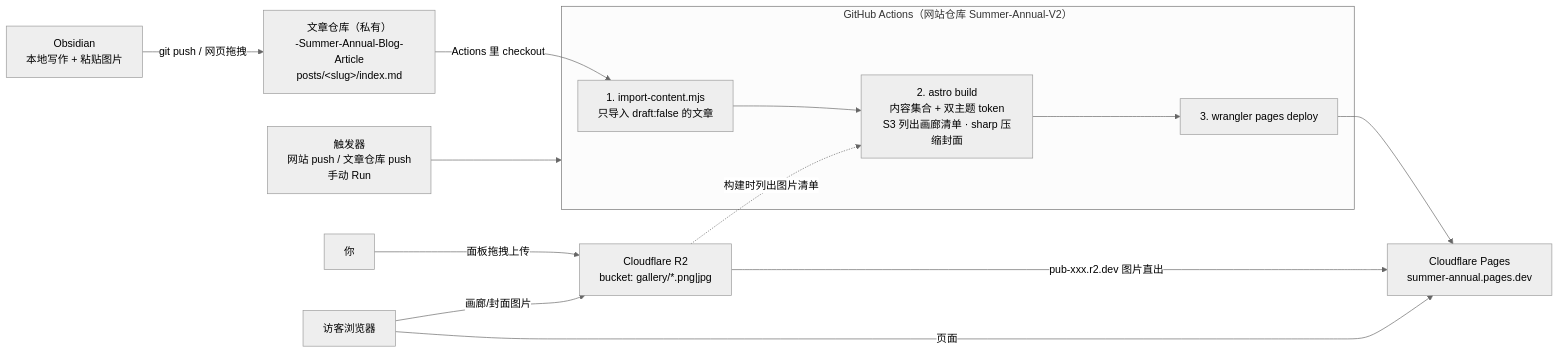
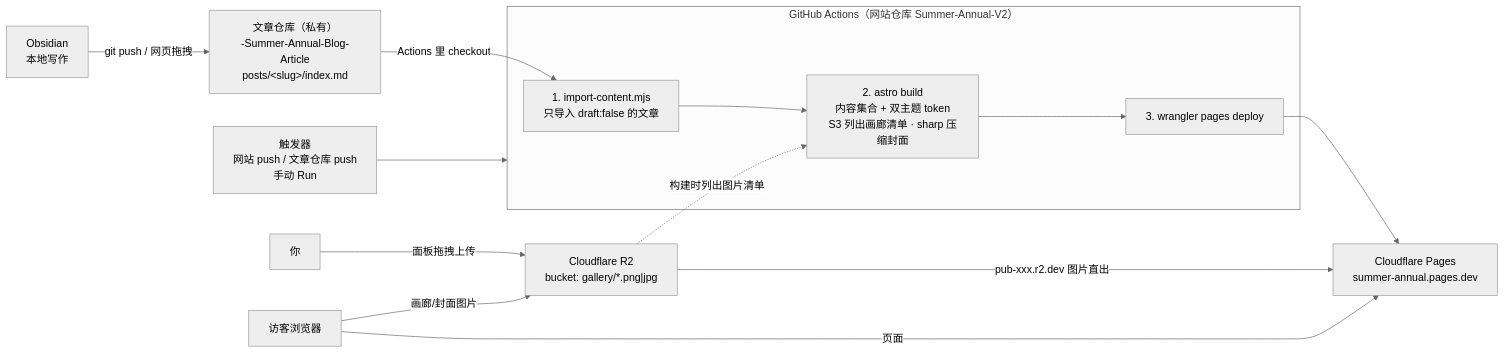
The diagram in docs/architecture.md (YuunagiHirozuki/Summer-Annual-V2), drawn with Mermaid (neutral theme) before and after one commit. The commit also changed 16 other files, not shown here.

````diff
--- a/docs/architecture.md
+++ b/docs/architecture.md
@@ -3,23 +3,23 @@
 ```mermaid
 flowchart LR
-    OBS["Obsidian<br/>本地写作 + 粘贴图片"] -->|"git push / 网页拖拽"| REPO["文章仓库（私有）<br/>-Summer-Annual-Blog-Article<br/>posts/&lt;slug&gt;/index.md"]
+    OBS["Obsidian<br/>本地写作"] -->|"git push / 网页拖拽"| REPO["文章仓库（私有）<br/>-Summer-Annual-Blog-Article<br/>posts/&lt;slug&gt;/index.md"]
     YOU["你"] -->|"面板拖拽上传"| R2["Cloudflare R2<br/>bucket: gallery/*.png|jpg"]
 
     subgraph actions["GitHub Actions（网站仓库 Summer-Annual-V2）"]
         IMP["1. import-content.mjs<br/>只导入 draft:false 的文章"]
         BUILD["2. astro build<br/>内容集合 + 双主题 token<br/>S3 列出画廊清单 · sharp 压缩封面"]
         DEP["3. wrangler pages deploy"]
         IMP --> BUILD --> DEP
     end
 
     TRIG["触发器<br/>网站 push / 文章仓库 push<br/>手动 Run"] --> actions
 
     REPO -->|"Actions 里 checkout"| IMP
     R2 -.->|"构建时列出图片清单"| BUILD
 
     DEP --> SITE["Cloudflare Pages<br/>summer-annual.pages.dev"]
     R2 -->|"pub-xxx.r2.dev 图片直出"| SITE
 
     VIS["访客浏览器"] -->|"页面"| SITE
     VIS -->|"画廊/封面图片"| R2
 ```
````
